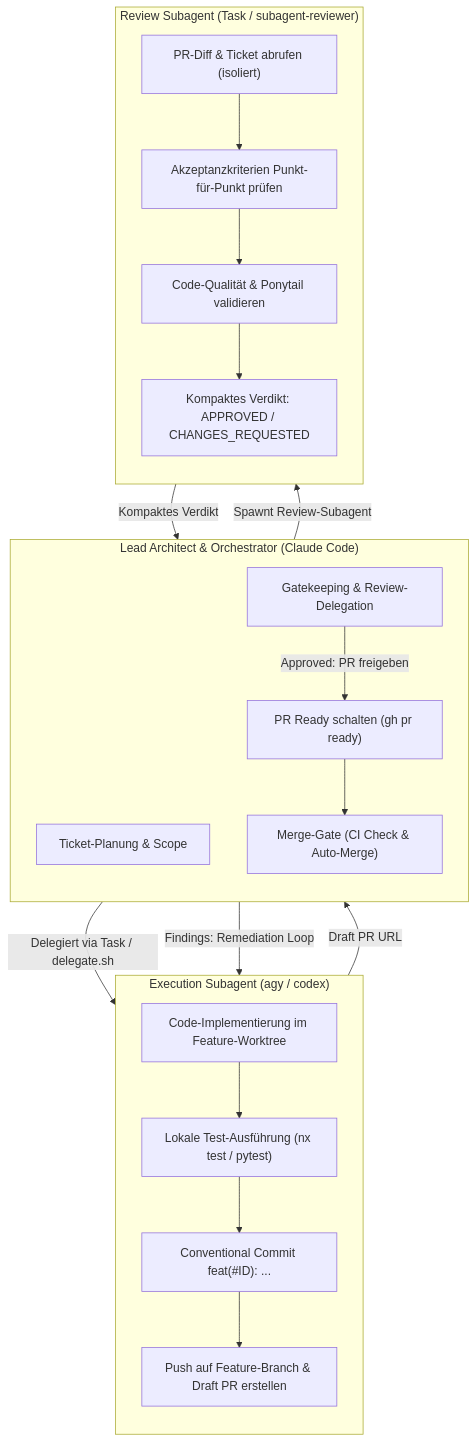
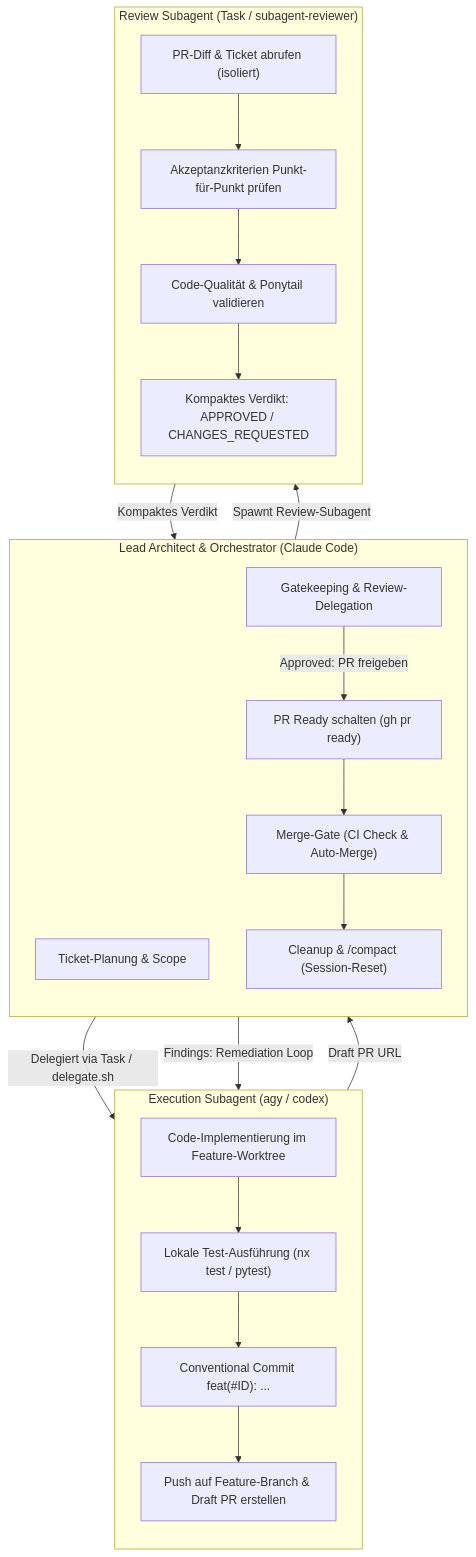
The diagram in docs/concepts/orchestrator-skill.md (tihofman/agent-hq), drawn with Mermaid before and after one commit. The commit also changed other lines of this file, not shown here.

Commit message:
docs: add mandatory /compact session reset step to orchestrator workflow

````diff
--- a/docs/concepts/orchestrator-skill.md
+++ b/docs/concepts/orchestrator-skill.md
@@ -23,36 +23,38 @@
 ```mermaid
 flowchart TD
     subgraph Lead ["Lead Architect & Orchestrator (Claude Code)"]
         direction TB
         L1["Ticket-Planung & Scope"]
         L2["Gatekeeping & Review-Delegation"]
         L3["PR Ready schalten (gh pr ready)"]
         L4["Merge-Gate (CI Check & Auto-Merge)"]
+        L5["Cleanup & /compact (Session-Reset)"]
     end
 
     subgraph Worker ["Execution Subagent (agy / codex)"]
         direction TB
         W1["Code-Implementierung im Feature-Worktree"]
         W2["Lokale Test-Ausführung (nx test / pytest)"]
         W3["Conventional Commit feat(#ID): ..."]
         W4["Push auf Feature-Branch & Draft PR erstellen"]
     end
 
     subgraph Reviewer ["Review Subagent (Task / subagent-reviewer)"]
         direction TB
         R1["PR-Diff & Ticket abrufen (isoliert)"]
         R2["Akzeptanzkriterien Punkt-für-Punkt prüfen"]
         R3["Code-Qualität & Ponytail validieren"]
         R4["Kompaktes Verdikt: APPROVED / CHANGES_REQUESTED"]
     end
 
     L1 -->|Delegiert via Task / delegate.sh| W1
     W1 --> W2 --> W3 --> W4
     W4 -->|Draft PR URL| L2
     L2 -->|Spawnt Review-Subagent| R1
     R1 --> R2 --> R3 --> R4
     R4 -->|Kompaktes Verdikt| L2
     L2 -->|Findings: Remediation Loop| W1
     L2 -->|Approved: PR freigeben| L3
     L3 --> L4
+    L4 --> L5
 ```
````
